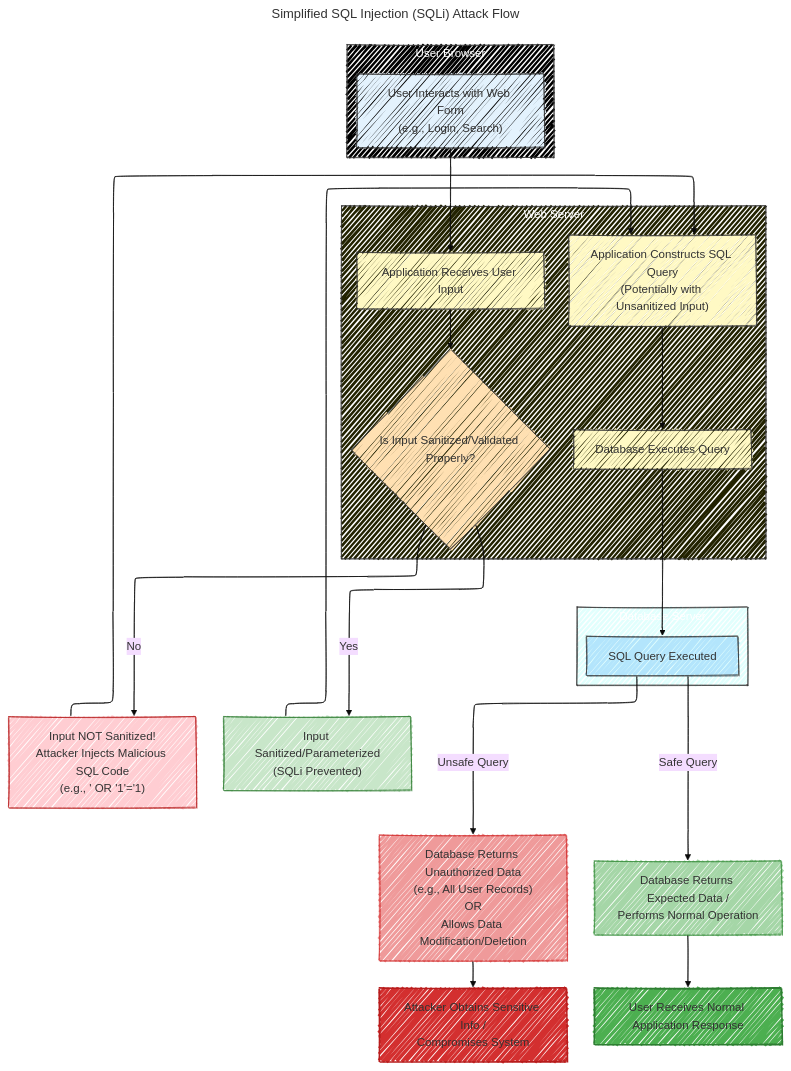
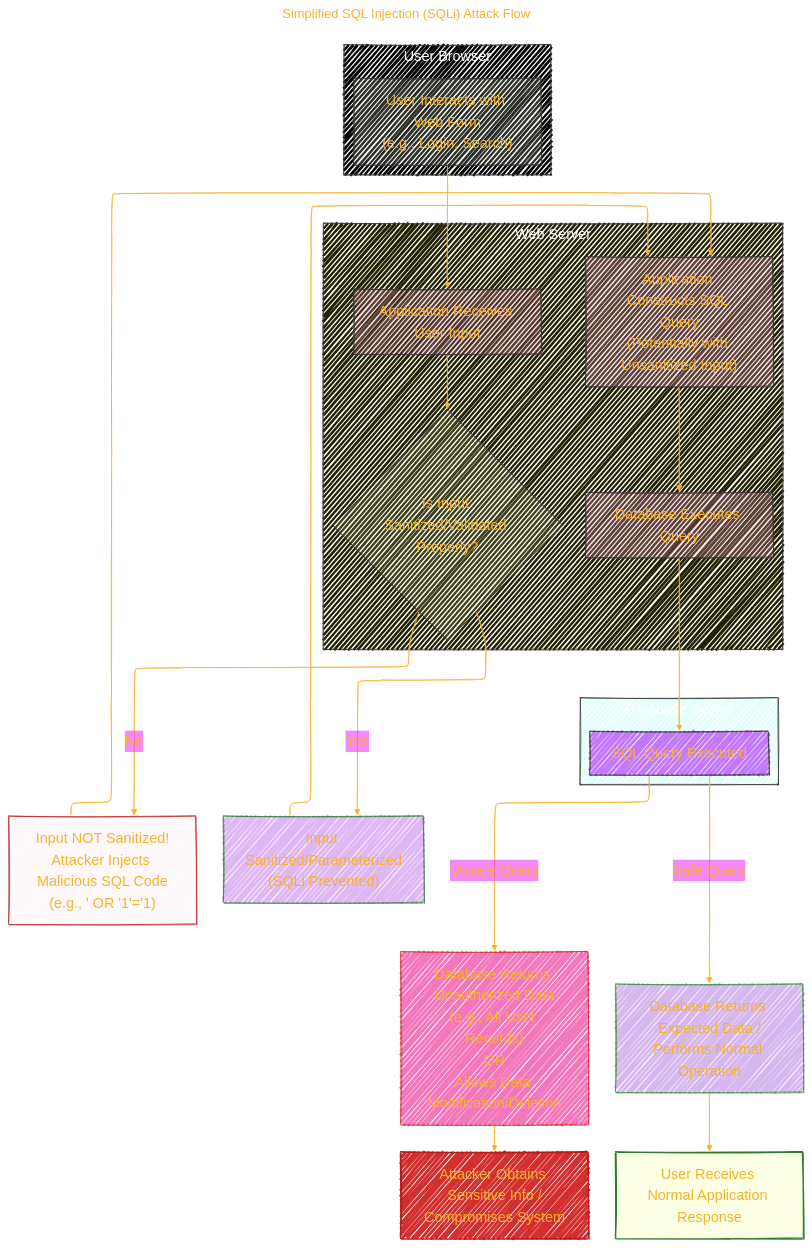
The third of 4 diagrams in README.md (CongLeSolutionX/EthicaLumin), drawn with Mermaid before and after one commit.

Commit message:
update notes

````diff
--- a/README.md
+++ b/README.md
@@ -416,78 +416,82 @@
 ```mermaid
 ---
 title: "Simplified SQL Injection (SQLi) Attack Flow"
 author: "Cong Le"
 version: "1.0"
-license(s): "MIT, CC BY 4.0"
+license(s): "MIT, CC BY-SA 4.0"
 copyright: "Copyright (c) 2025 Cong Le. All Rights Reserved."
 config:
   layout: elk
+  theme: base
   look: handDrawn
-  theme: base
 ---
-%%%%%%%% Mermaid version v11.4.1-b.14 or compatible
+%%%%%%%% Mermaid version v11.4.1-b.14
+%%%%%%%% Available curve styles include the following keywords:
+%% basis, bumpX, bumpY, cardinal, catmullRom, linear, monotoneX, monotoneY, natural, step, stepAfter, stepBefore.
 %%{
   init: {
-    'graph': { 'htmlLabels': false, 'curve': 'basis' },
-    'fontFamily': 'Arial, sans-serif',
+    'flowchart': { 'htmlLabels': true, 'curve': 'basis' },
+    'fontFamily': 'American Typewriter, monospace',
+    'logLevel': 'fatal',
     'themeVariables': {
-      'primaryColor': '#D32F2F',    %% Red for attack
-      'primaryTextColor': '#FFFFFF',
-      'primaryBorderColor': '#B71C1C',
-      'secondaryColor': '#4CAF50',  %% Green for normal/defense
-      'secondaryTextColor': '#FFFFFF',
-      'lineColor': '#757575',
-      'fontSize': '14px'
+      'primaryColor': '#22BB',
+      'primaryTextColor': '#F8B229',
+      'lineColor': '#F8B229',
+      'primaryBorderColor': '#27AE60',
+      'secondaryColor': '#E2F1',
+      'secondaryTextColor': '#6C3483',
+      'secondaryBorderColor': '#A569BD',
+      'fontSize': '20px'
     }
   }
 }%%
-graph TD
+flowchart TD
     subgraph User_Browser["User Browser"]
     style User_Browser fill:#000,stroke:#333,stroke-width:1px, color: #FFF
         A["User Interacts with Web Form<br/>(e.g., Login, Search)"]
     end
 
     subgraph Web_Server["Web Server"]
     style Web_Server fill:#220,stroke:#333,stroke-width:1px, color: #FFF
         B["Application Receives User Input"]
         C{"Is Input Sanitized/Validated Properly?"}
         D["Application Constructs SQL Query<br/>(Potentially with Unsanitized Input)"]
         E["Database Executes Query"]
     end
 
     subgraph Database_Server["Database Server"]
     style Database_Server fill:#2Fe2,stroke:#333,stroke-width:1px, color: #FFF
         F["SQL Query Executed"]
     end
 
     A --> B
     B --> C
 
     C -- No --> D_Unsafe["Input NOT Sanitized!<br/>Attacker Injects Malicious SQL Code<br/>(e.g., ' OR '1'='1)"]
     D_Unsafe --> D
 
     C -- Yes --> D_Safe["Input Sanitized/Parameterized<br/>(SQLi Prevented)"]
     D_Safe --> D
 
     D --> E
     E --> F
 
     F -- Unsafe Query --> G_Compromised["Database Returns Unauthorized Data<br/>(e.g., All User Records)<br/>OR<br/>Allows Data Modification/Deletion"]
     G_Compromised --> H_Attacker_Success["Attacker Obtains Sensitive Info /<br/>Compromises System"]
 
     F -- Safe Query --> G_Normal["Database Returns Expected Data /<br/>Performs Normal Operation"]
     G_Normal --> H_User_Normal["User Receives Normal Application Response"]
 
-    style A fill:#E3F2FD,stroke:#333,stroke-width:1px %% Light blue for user
-    style B fill:#FFF9C4,stroke:#333,stroke-width:1px %% Yellow for server process
-    style C fill:#FFE0B2,stroke:#333,stroke-width:1px %% Orange for decision
-    style D_Unsafe fill:#FFCDD2,stroke:#B71C1C,stroke-width:2px %% Light red for vulnerable path
-    style D_Safe fill:#C8E6C9,stroke:#2E7D32,stroke-width:2px   %% Light green for safe path
-    style D fill:#FFF9C4,stroke:#333,stroke-width:1px
-    style E fill:#FFF9C4,stroke:#333,stroke-width:1px
-    style F fill:#B3E5FC,stroke:#333,stroke-width:1px %% Light blue for DB
-    style G_Compromised fill:#EF9A9A,stroke:#D32F2F,stroke-width:2px %% Red for compromised
+    style A fill:#EFD3,stroke:#333,stroke-width:1px %% Light blue for user
+    style B fill:#F9C4,stroke:#333,stroke-width:1px %% Yellow for server process
+    style C fill:#FFB2,stroke:#333,stroke-width:1px %% Orange for decision
+    style D_Unsafe fill:#FCD2,stroke:#B71C1C,stroke-width:2px %% Light red for vulnerable path
+    style D_Safe fill:#C8E9,stroke:#2E7D32,stroke-width:2px   %% Light green for safe path
+    style D fill:#F9C4,stroke:#333,stroke-width:1px
+    style E fill:#F9C4,stroke:#333,stroke-width:1px
+    style F fill:#B5FC,stroke:#333,stroke-width:1px %% Light blue for DB
+    style G_Compromised fill:#E39A,stroke:#D32F2F,stroke-width:2px %% Red for compromised
     style H_Attacker_Success fill:#D32F2F,stroke:#B71C1C,stroke-width:2px,color:#FFFFFF %% Dark Red for attacker win
-    style G_Normal fill:#A5D6A7,stroke:#388E3C,stroke-width:2px     %% Green for normal result
-    style H_User_Normal fill:#4CAF50,stroke:#2E7D32,stroke-width:2px,color:#FFFFFF %% Dark Green for user normal
+    style G_Normal fill:#A6D7,stroke:#388E3C,stroke-width:2px     %% Green for normal result
+    style H_User_Normal fill:#EF22,stroke:#2E7D32,stroke-width:2px,color:#FFFFFF %% Dark Green for user normal
 ```
````
